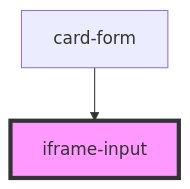
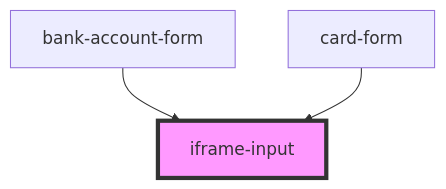
One commit to justifi-tech/web-component-library changed the diagram in packages/webcomponents/src/ui-components/form/readme.md. Above: the diagram before and after it, drawn with Mermaid. The commit also changed other lines of this file and 6 other files, not shown here.

````diff
--- a/packages/webcomponents/src/ui-components/form/readme.md
+++ b/packages/webcomponents/src/ui-components/form/readme.md
@@ -62,5 +63,6 @@
 ```mermaid
 graph TD;
+  bank-account-form --> iframe-input
   card-form --> iframe-input
   style iframe-input fill:#f9f,stroke:#333,stroke-width:4px
 ```
````
